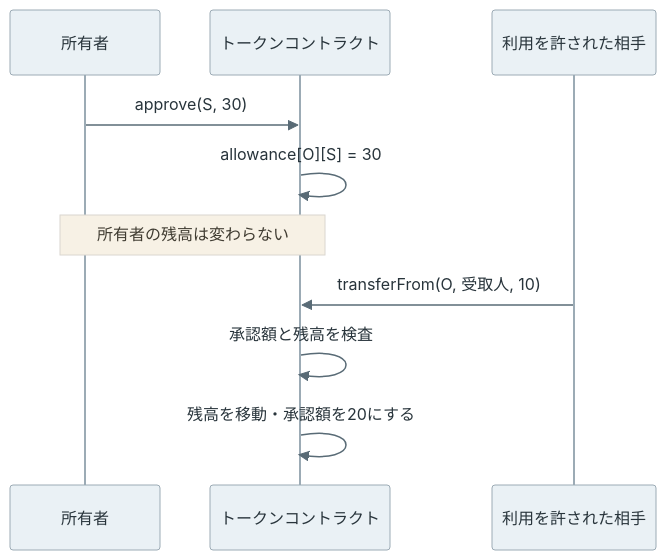
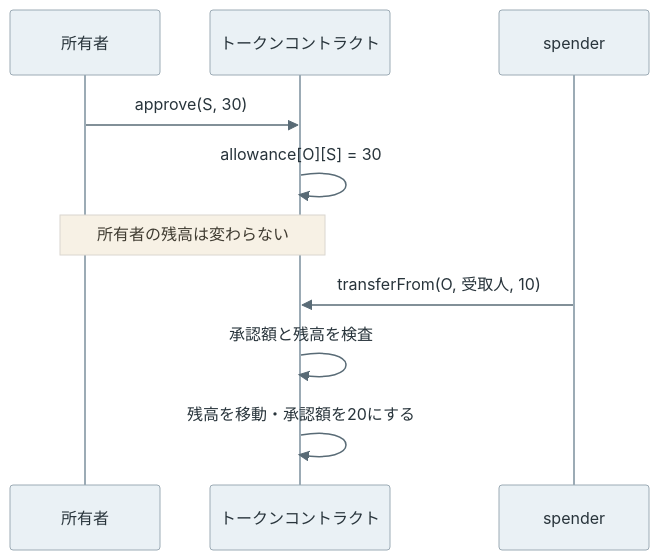
Before and after one commit to nao1215/debimate: the third of 5 diagrams in content/notes/blockchain-systems/erc-20/index.md, drawn with Mermaid. The commit also changed other lines of this file and 53 other files, not shown here.

````diff
--- a/content/notes/blockchain-systems/erc-20/index.md
+++ b/content/notes/blockchain-systems/erc-20/index.md
@@ -122,13 +122,13 @@
 ```mermaid
 %%{init: {"theme":"base","themeVariables":{"primaryColor":"#eaf1f5","primaryTextColor":"#28343b","primaryBorderColor":"#9cabb5","lineColor":"#596b76","textColor":"#28343b","actorBkg":"#eaf1f5","actorBorder":"#9cabb5","actorTextColor":"#28343b","signalColor":"#596b76","signalTextColor":"#28343b","noteBkgColor":"#f7f1e5","noteTextColor":"#403c32"}}}%%
 sequenceDiagram
     participant O as 所有者
     participant T as トークンコントラクト
-    participant S as 利用を許された相手
+    participant S as spender
     O->>T: approve(S, 30)
     T->>T: allowance[O][S] = 30
     Note over O,T: 所有者の残高は変わらない
     S->>T: transferFrom(O, 受取人, 10)
     T->>T: 承認額と残高を検査
     T->>T: 残高を移動・承認額を20にする
 ```
````
